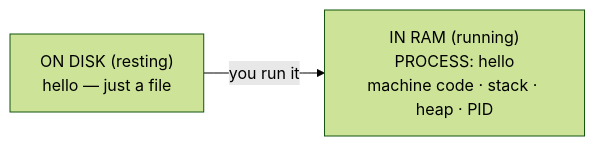
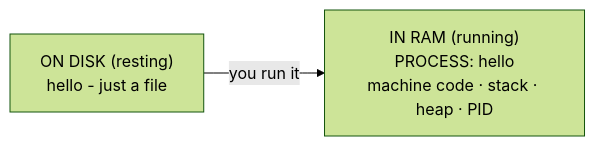
Before and after one commit to Topurrra/themissingmanual: the first of 4 diagrams in guides/programming-concepts/what-happens-when-code-runs/03-what-running-means.md, drawn with Mermaid (forest theme). The commit also changed other lines of this file and 1072 other files, not shown here.

````diff
--- a/guides/programming-concepts/what-happens-when-code-runs/03-what-running-means.md
+++ b/guides/programming-concepts/what-happens-when-code-runs/03-what-running-means.md
@@ -24,4 +24,4 @@
 ```mermaid
 flowchart LR
-  Disk["ON DISK (resting)<br/>hello — just a file"] -->|you run it| Proc["IN RAM (running)<br/>PROCESS: hello<br/>machine code · stack · heap · PID"]
+  Disk["ON DISK (resting)<br/>hello - just a file"] -->|you run it| Proc["IN RAM (running)<br/>PROCESS: hello<br/>machine code · stack · heap · PID"]
 ```
````
